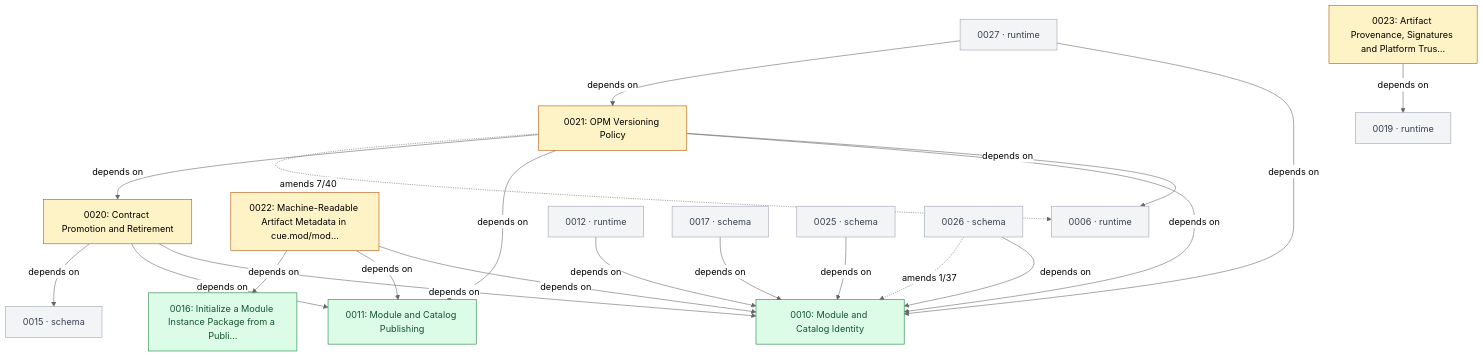
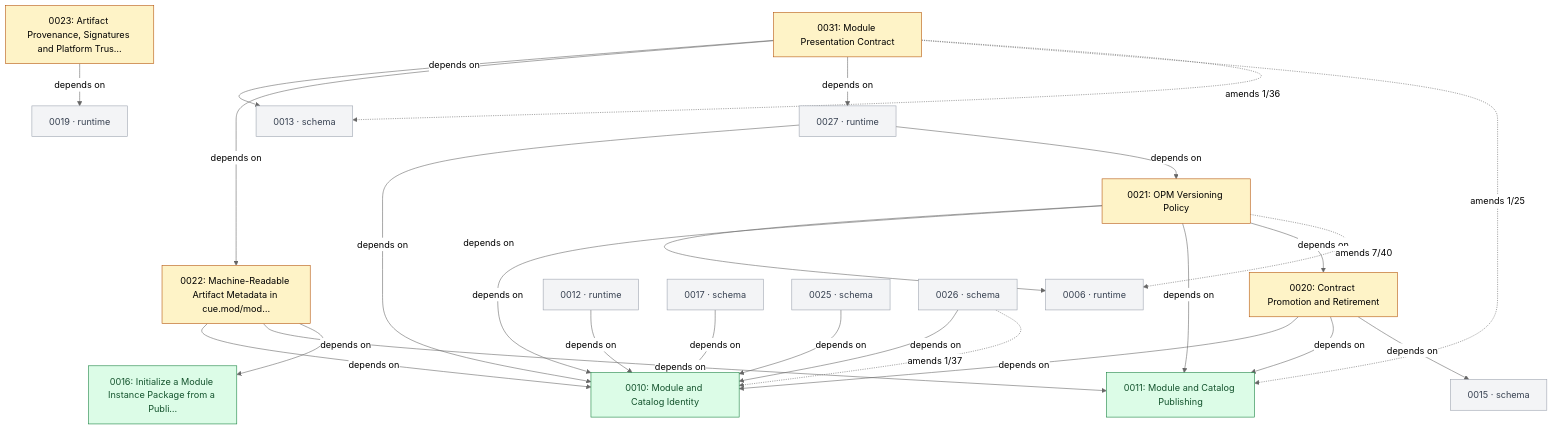
Before and after one commit to open-platform-model/enhancements: the fourth of 6 diagrams in GRAPH.md, drawn with Mermaid (neutral theme). The commit also changed other lines of this file and 21 other files, not shown here.

First line of the commit message:
docs(0031): draft the module presentation contract (#97)

````diff
--- a/GRAPH.md
+++ b/GRAPH.md
@@ -144,47 +149,54 @@
 ```mermaid
 graph TD
   classDef draft       fill:#fef3c7,stroke:#b45309,color:#000
   classDef accepted    fill:#dbeafe,stroke:#1d4ed8,color:#000
   classDef rejected    fill:#fee2e2,stroke:#b91c1c,color:#7f1d1d,stroke-dasharray:4 2
   classDef superseded  fill:#e5e7eb,stroke:#6b7280,color:#6b7280
   classDef delivered   fill:#dcfce7,stroke:#15803d,color:#14532d
   classDef legacy      fill:#fafafa,stroke:#9ca3af,color:#6b7280,stroke-dasharray:3 3
   classDef stub        fill:#f3f4f6,stroke:#9ca3af,color:#374151
   classDef category    fill:#ede9fe,stroke:#6d28d9,color:#000
 
   N0010["0010: Module and Catalog Identity"]:::delivered
   N0011["0011: Module and Catalog Publishing"]:::delivered
   N0016["0016: Initialize a Module Instance Package from a Publi…"]:::delivered
   N0020["0020: Contract Promotion and Retirement"]:::draft
   N0021["0021: OPM Versioning Policy"]:::draft
   N0022["0022: Machine-Readable Artifact Metadata in cue.mod/mod…"]:::draft
   N0023["0023: Artifact Provenance, Signatures and Platform Trus…"]:::draft
+  N0031["0031: Module Presentation Contract"]:::draft
   N0006["0006 · runtime"]:::stub
   N0012["0012 · runtime"]:::stub
+  N0013["0013 · schema"]:::stub
   N0015["0015 · schema"]:::stub
   N0017["0017 · schema"]:::stub
   N0019["0019 · runtime"]:::stub
   N0025["0025 · schema"]:::stub
   N0026["0026 · schema"]:::stub
   N0027["0027 · runtime"]:::stub
 
   N0012 -->|depends on| N0010
   N0017 -->|depends on| N0010
   N0020 -->|depends on| N0010
   N0020 -->|depends on| N0011
   N0020 -->|depends on| N0015
   N0021 -->|depends on| N0006
   N0021 -->|depends on| N0010
   N0021 -->|depends on| N0011
   N0021 -->|depends on| N0020
   N0022 -->|depends on| N0010
   N0022 -->|depends on| N0011
   N0022 -->|depends on| N0016
   N0023 -->|depends on| N0019
   N0025 -->|depends on| N0010
   N0026 -->|depends on| N0010
   N0027 -->|depends on| N0010
   N0027 -->|depends on| N0021
+  N0031 -->|depends on| N0013
+  N0031 -->|depends on| N0022
+  N0031 -->|depends on| N0027
   N0021 -.->|amends 7/40| N0006
   N0026 -.->|amends 1/37| N0010
+  N0031 -.->|amends 1/25| N0011
+  N0031 -.->|amends 1/36| N0013
 ```
````
